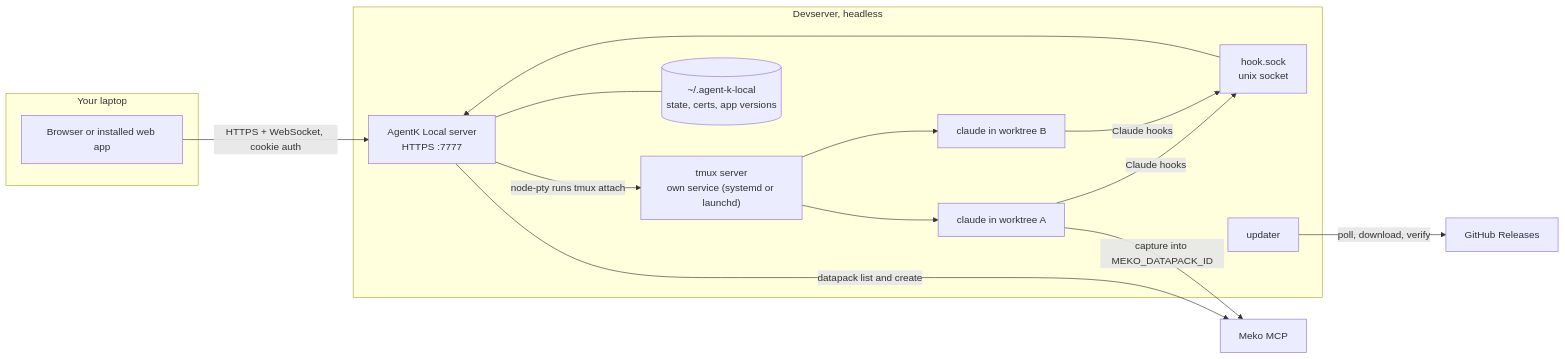
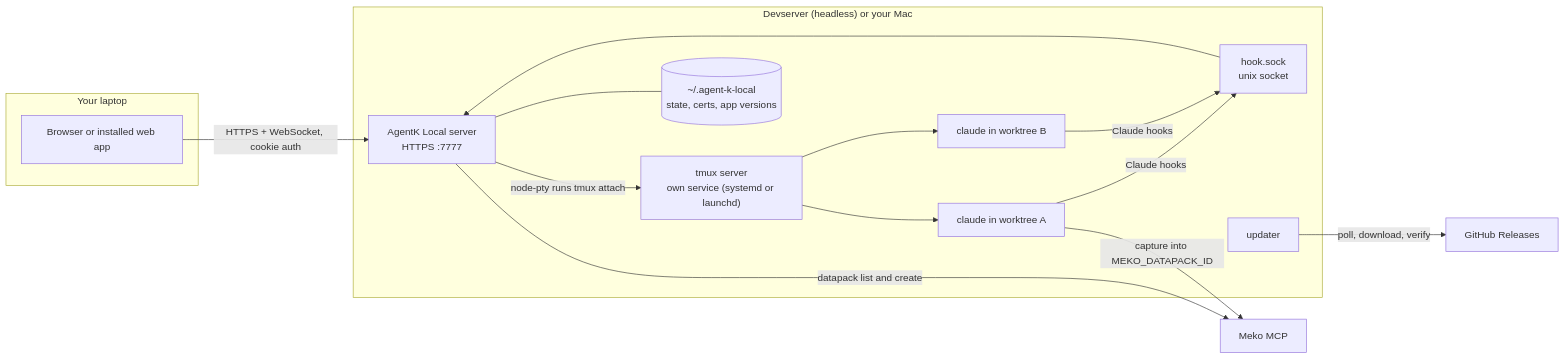
Before and after one commit to yugabyte/meko: the first of 3 diagrams in docs/design.md, drawn with Mermaid. The commit also changed other lines of this file and 5 other files, not shown here.

````diff
--- a/docs/design.md
+++ b/docs/design.md
@@ -46,28 +46,28 @@
 ```mermaid
 flowchart LR
   subgraph Mac["Your laptop"]
     B["Browser or installed web app"]
   end
-  subgraph Host["Devserver, headless"]
+  subgraph Host["Devserver (headless) or your Mac"]
     S["AgentK Local server<br/>HTTPS :7777"]
     H["hook.sock<br/>unix socket"]
     T["tmux server<br/>own service (systemd or launchd)"]
     C1["claude in worktree A"]
     C2["claude in worktree B"]
     ST[("~/.agent-k-local<br/>state, certs, app versions")]
     U["updater"]
   end
   M["Meko MCP"]
   GH["GitHub Releases"]
   B -- "HTTPS + WebSocket, cookie auth" --> S
   S -- "node-pty runs tmux attach" --> T
   T --> C1
   T --> C2
   C1 -- "Claude hooks" --> H
   C2 -- "Claude hooks" --> H
   H --> S
   S --- ST
   S -- "datapack list and create" --> M
   C1 -- "capture into MEKO_DATAPACK_ID" --> M
   U -- "poll, download, verify" --> GH
 ```
````
